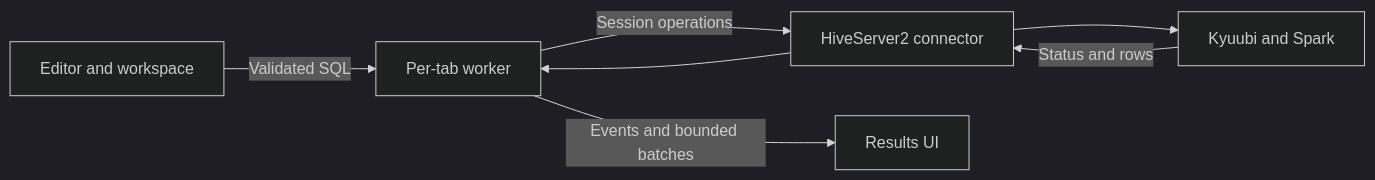
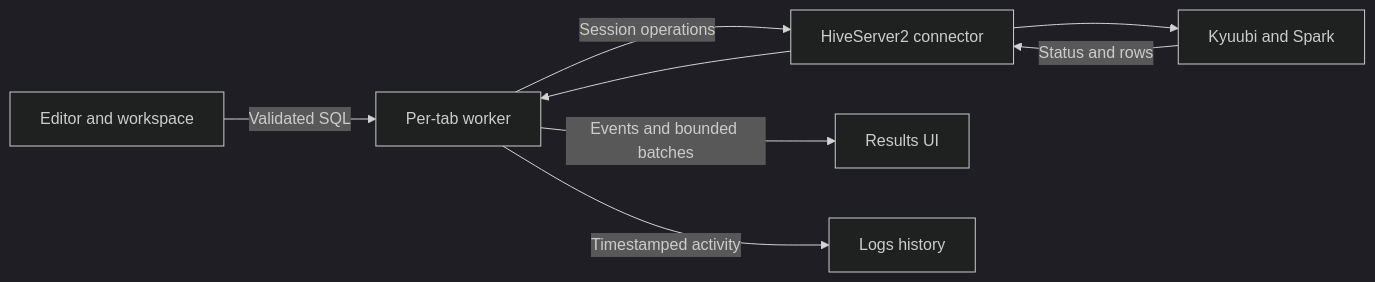
Before and after one commit to vsevolodbazhan/qrow: the diagram in docs/architecture.md, drawn with Mermaid (dark theme). The commit also changed other lines of this file and 15 other files, not shown here.

Commit message:
feat: add query activity logs and typography settings

````diff
--- a/docs/architecture.md
+++ b/docs/architecture.md
@@ -25,9 +26,10 @@
 ```mermaid
 flowchart LR
     Editor[Editor and workspace] -->|Validated SQL| Worker[Per-tab worker]
     Worker -->|Session operations| Connector[HiveServer2 connector]
     Connector --> Kyuubi[Kyuubi and Spark]
     Kyuubi -->|Status and rows| Connector
     Connector --> Worker
     Worker -->|Events and bounded batches| Results[Results UI]
+    Worker -->|Timestamped activity| Activity[Logs history]
 ```
````
